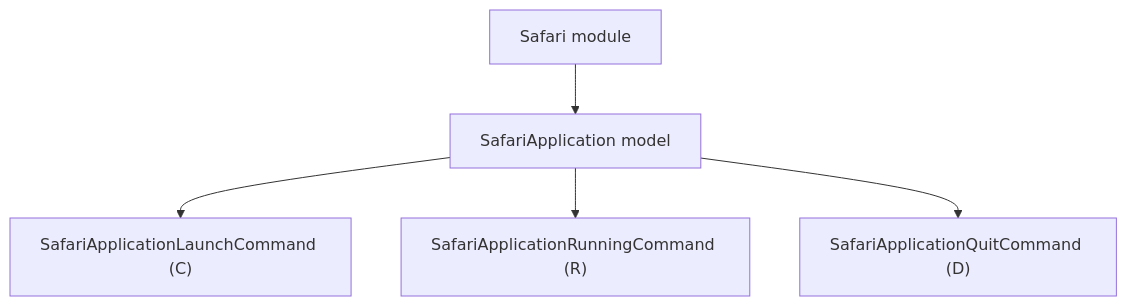
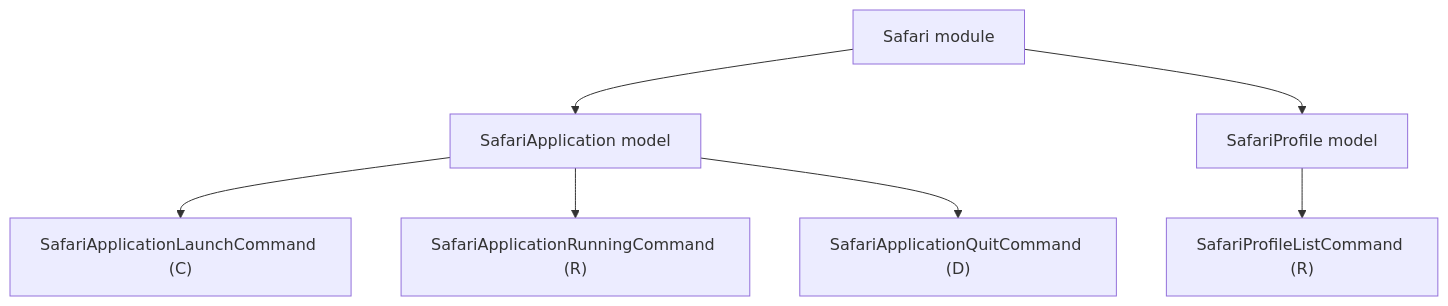
The diagram in docs/safari-models.md (Glutexo/computer-automation), drawn with Mermaid before and after one commit. The commit also changed other lines of this file and 8 other files, not shown here.

Commit message:
feat: add safari profile model

````diff
--- a/docs/safari-models.md
+++ b/docs/safari-models.md
@@ -18,13 +20,17 @@
 ```mermaid
 flowchart TD
     SafariModule["Safari module"]
     SafariApplication["SafariApplication model"]
+    SafariProfile["SafariProfile model"]
     Launch["SafariApplicationLaunchCommand (C)"]
     Running["SafariApplicationRunningCommand (R)"]
     Quit["SafariApplicationQuitCommand (D)"]
+    Profiles["SafariProfileListCommand (R)"]
 
     SafariModule --> SafariApplication
+    SafariModule --> SafariProfile
     SafariApplication --> Launch
     SafariApplication --> Running
     SafariApplication --> Quit
+    SafariProfile --> Profiles
 ```
````
